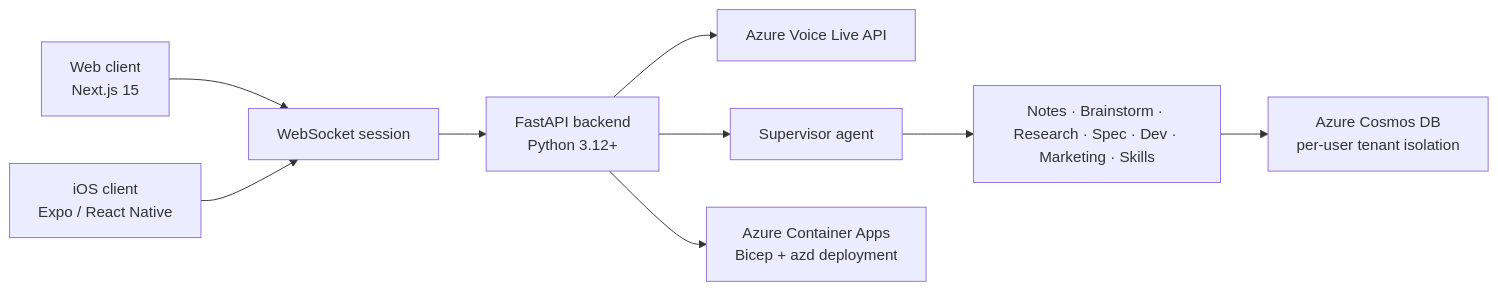
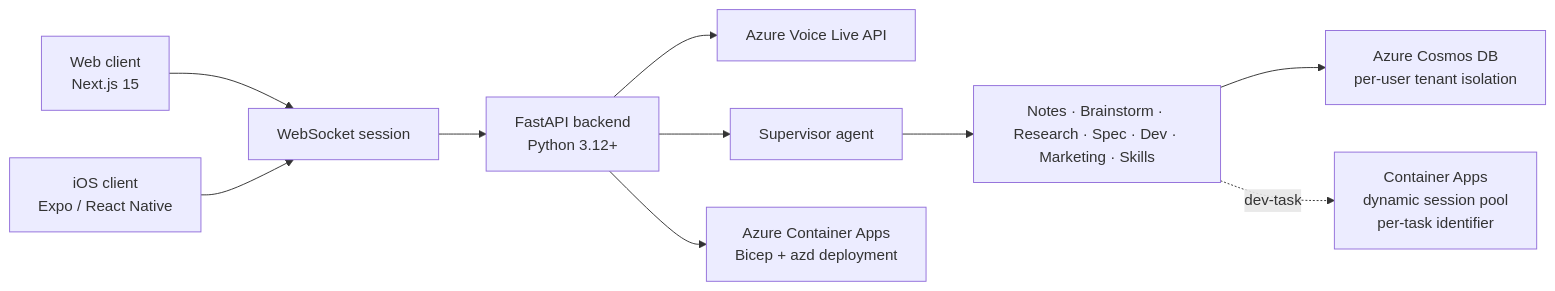
Before and after one commit to pascalvanderheiden/turbo-voice-agent: the diagram in README.md, drawn with Mermaid. The commit also changed other lines of this file and 5 other files, not shown here.

````diff
--- a/README.md
+++ b/README.md
@@ -36,16 +36,19 @@
 ```mermaid
 flowchart LR
     Web[Web client
 Next.js 15] --> WS[WebSocket session]
     Mobile[iOS client
 Expo / React Native] --> WS
     WS --> API[FastAPI backend
 Python 3.12+]
     API --> Voice[Azure Voice Live API]
     API --> Supervisor[Supervisor agent]
     Supervisor --> Specialists[Notes · Brainstorm · Research · Spec · Dev · Marketing · Skills]
     Specialists --> Cosmos[Azure Cosmos DB
 per-user tenant isolation]
+    Specialists -. dev-task .-> Pool[Container Apps
+dynamic session pool
+per-task identifier]
     API --> Azure[Azure Container Apps
 Bicep + azd deployment]
 ```
````
